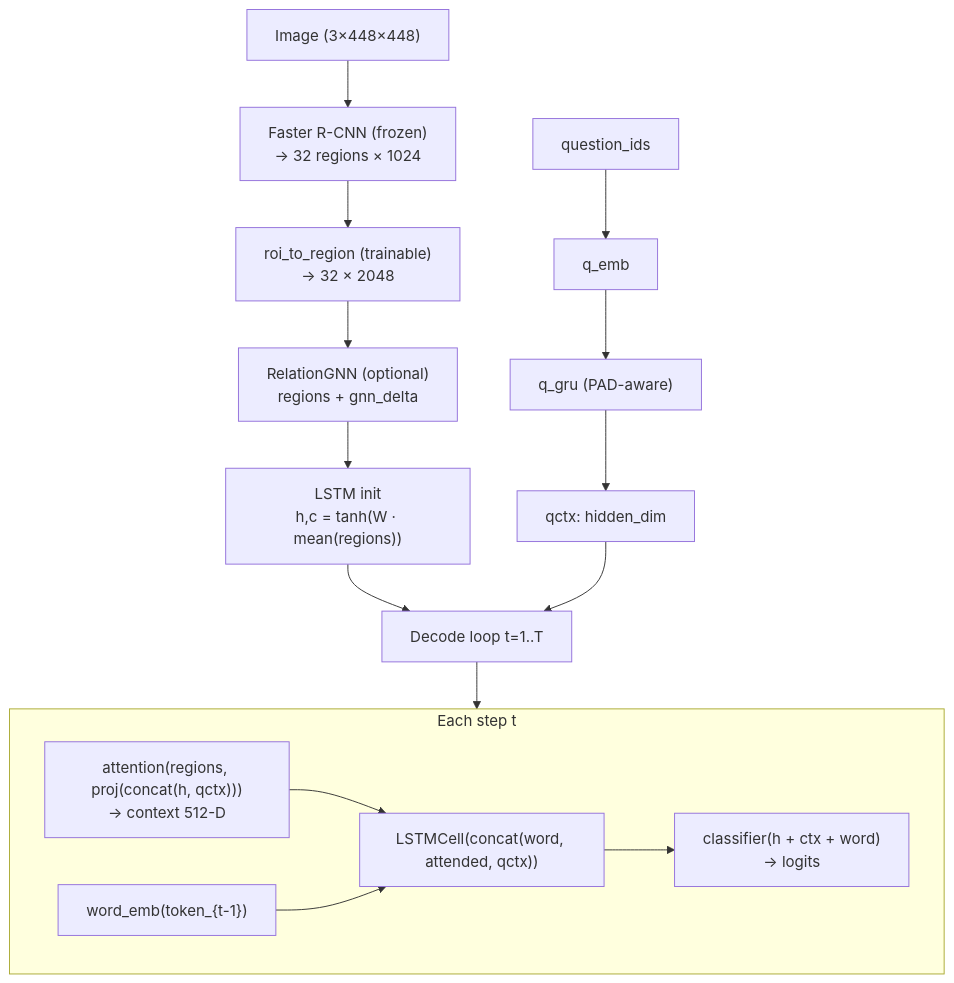
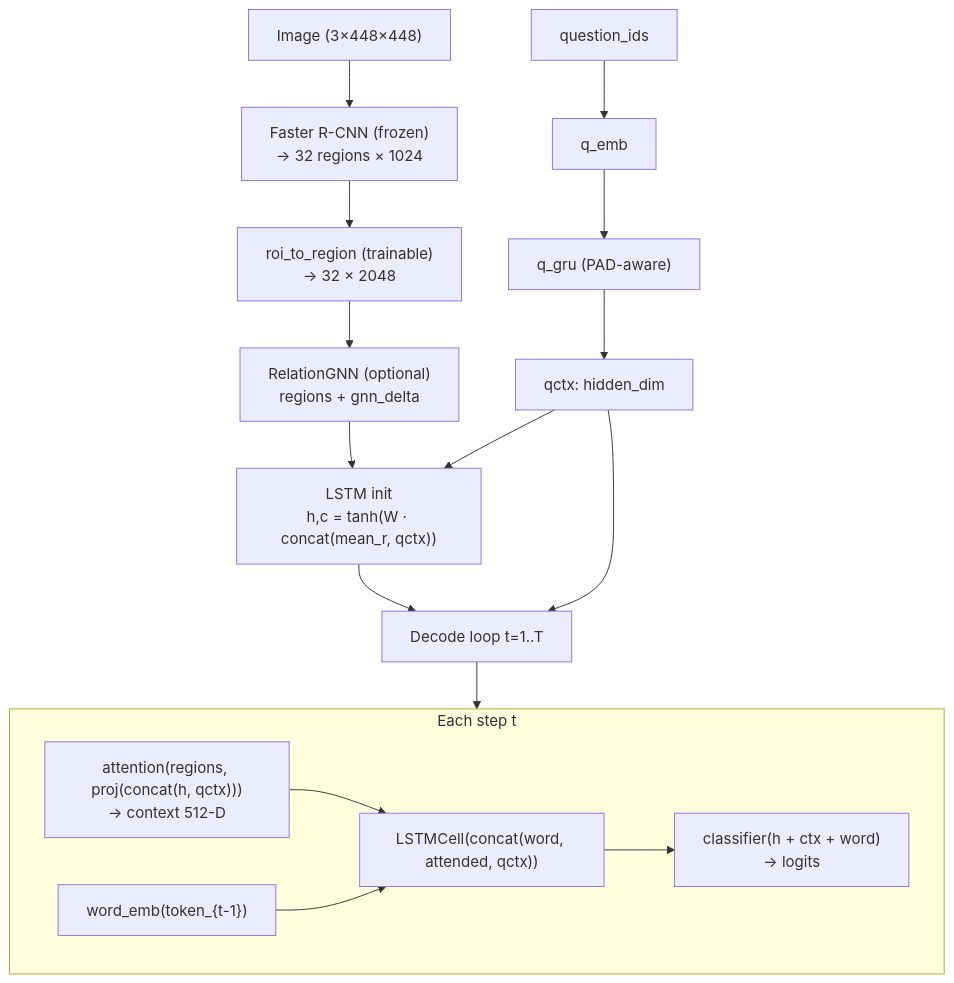
One commit to MahdiRuzmeh/ImageCaptioningImprovedVisualQuestionAnswering changed the second of 3 diagrams in architecture/ARCHITECTURE.en.md. Above: the diagram before and after it, drawn with Mermaid. The commit also changed other lines of this file and 3 other files, not shown here.

Commit message:
chore: Initialize the Image captioner LSTM with qctx and image regions.

````diff
--- a/architecture/ARCHITECTURE.en.md
+++ b/architecture/ARCHITECTURE.en.md
@@ -72,28 +72,29 @@
 ```mermaid
 flowchart TB
     IMG["Image (3×448×448)"]
     FRCNN["Faster R-CNN (frozen)\n→ 32 regions × 1024"]
     ROI["roi_to_region (trainable)\n→ 32 × 2048"]
     GNN["RelationGNN (optional)\nregions + gnn_delta"]
-    INIT["LSTM init\nh,c = tanh(W · mean(regions))"]
+    INIT["LSTM init\nh,c = tanh(W · concat(mean_r, qctx))"]
     Q["question_ids"]
     QEMB["q_emb"]
     QGRU["q_gru (PAD-aware)"]
     QCTX["qctx: hidden_dim"]
     LOOP["Decode loop t=1..T"]
 
     IMG --> FRCNN --> ROI --> GNN --> INIT --> LOOP
-    Q --> QEMB --> QGRU --> QCTX --> LOOP
+    Q --> QEMB --> QGRU --> QCTX --> INIT
+    QCTX --> LOOP
 
     subgraph LOOP_DETAIL["Each step t"]
         ATT["attention(regions, proj(concat(h, qctx)))\n→ context 512-D"]
         WE["word_emb(token_{t-1})"]
         LSTM["LSTMCell(concat(word, attended, qctx))"]
         OUT["classifier(h + ctx + word)\n→ logits"]
         ATT --> LSTM
         WE --> LSTM
         LSTM --> OUT
     end
 
     LOOP --> LOOP_DETAIL
 ```
````
